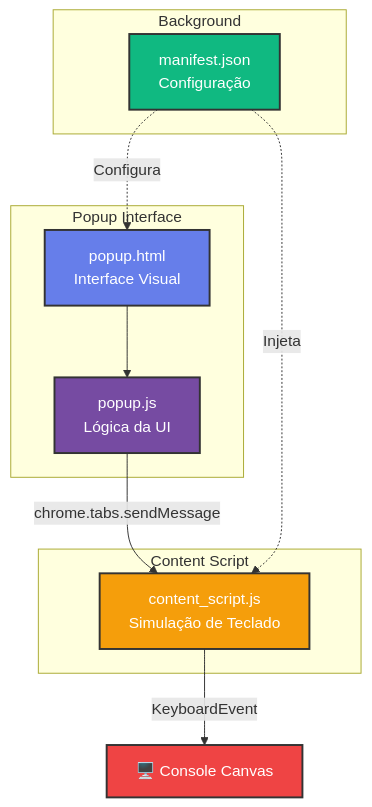
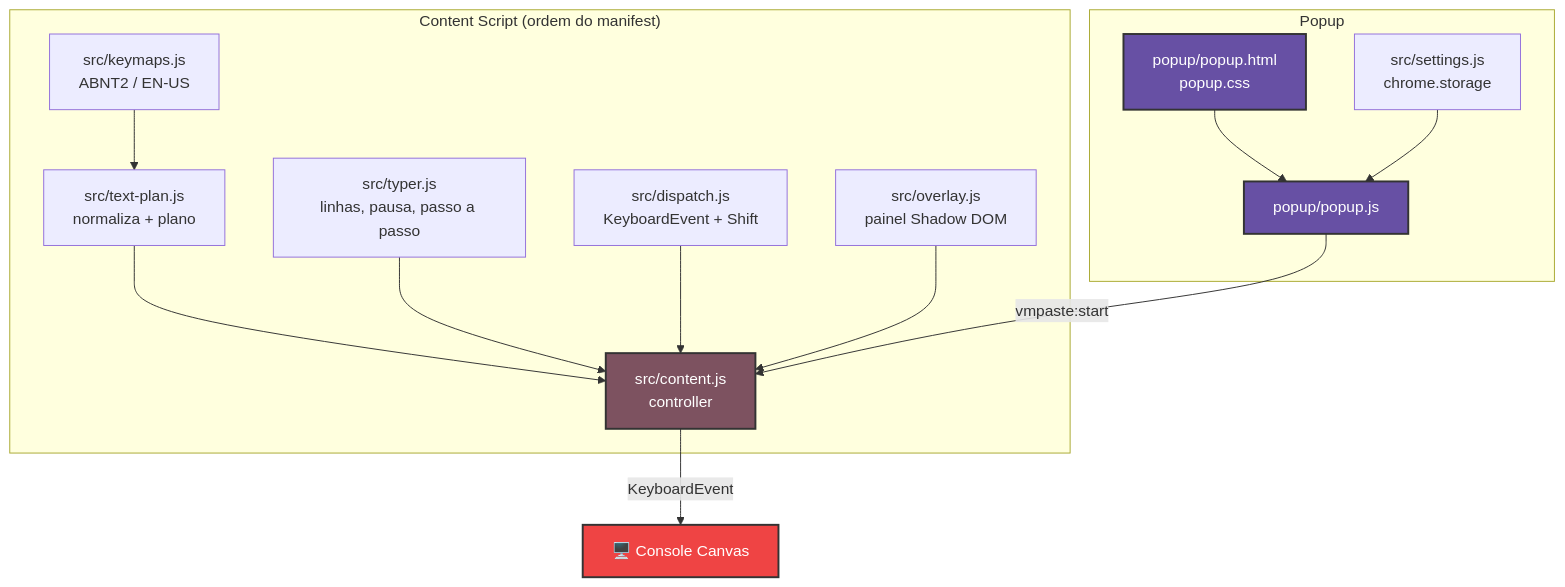
The fourth of 4 diagrams in README.md (chmenegatti/vsphere-paste-pass), drawn with Mermaid before and after one commit. The commit also changed other lines of this file and 1 other file, not shown here.

````diff
--- a/README.md
+++ b/README.md
@@ -128,25 +135,23 @@
 ```mermaid
 graph TB
-    subgraph "Popup Interface"
-        A[popup.html<br/>Interface Visual] --> B[popup.js<br/>Lógica da UI]
+    subgraph "Popup"
+        A[popup/popup.html<br/>popup.css] --> B[popup/popup.js]
+        S[src/settings.js<br/>chrome.storage] --> B
     end
-    
-    subgraph "Background"
-        C[manifest.json<br/>Configuração]
+
+    subgraph "Content Script (ordem do manifest)"
+        K[src/keymaps.js<br/>ABNT2 / EN-US] --> P[src/text-plan.js<br/>normaliza + plano]
+        P --> C[src/content.js<br/>controller]
+        T[src/typer.js<br/>linhas, pausa, passo a passo] --> C
+        D[src/dispatch.js<br/>KeyboardEvent + Shift] --> C
+        O[src/overlay.js<br/>painel Shadow DOM] --> C
     end
-    
-    subgraph "Content Script"
-        D[content_script.js<br/>Simulação de Teclado]
-    end
-    
-    B -->|chrome.tabs.sendMessage| D
-    C -.->|Configura| A
-    C -.->|Injeta| D
-    D -->|KeyboardEvent| E[🖥️ Console Canvas]
-    
-    style A fill:#667eea,stroke:#333,stroke-width:2px,color:#fff
-    style B fill:#764ba2,stroke:#333,stroke-width:2px,color:#fff
-    style C fill:#10b981,stroke:#333,stroke-width:2px,color:#fff
-    style D fill:#f59e0b,stroke:#333,stroke-width:2px,color:#fff
+
+    B -->|vmpaste:start| C
+    C -->|KeyboardEvent| E[🖥️ Console Canvas]
+
+    style A fill:#6750a4,stroke:#333,stroke-width:2px,color:#fff
+    style B fill:#6750a4,stroke:#333,stroke-width:2px,color:#fff
+    style C fill:#7d5260,stroke:#333,stroke-width:2px,color:#fff
     style E fill:#ef4444,stroke:#333,stroke-width:2px,color:#fff
 ```
````
